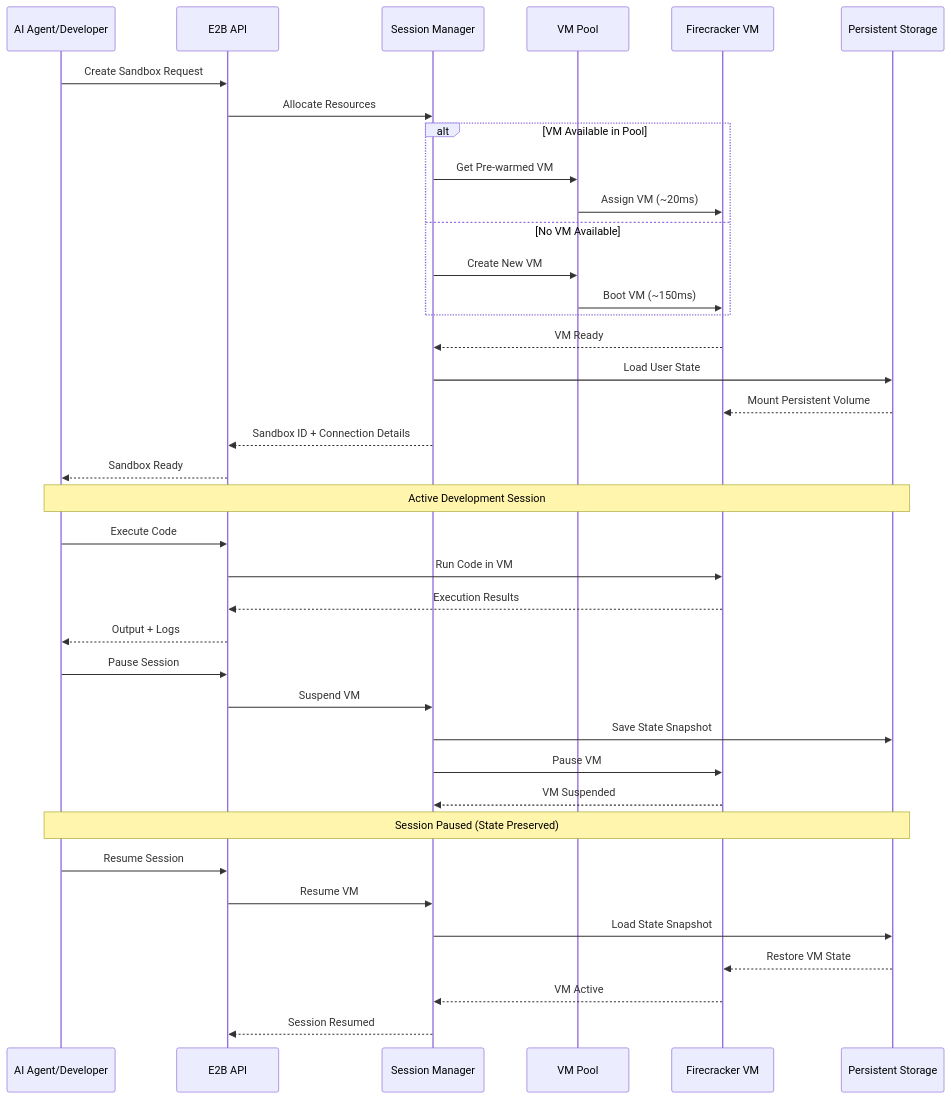
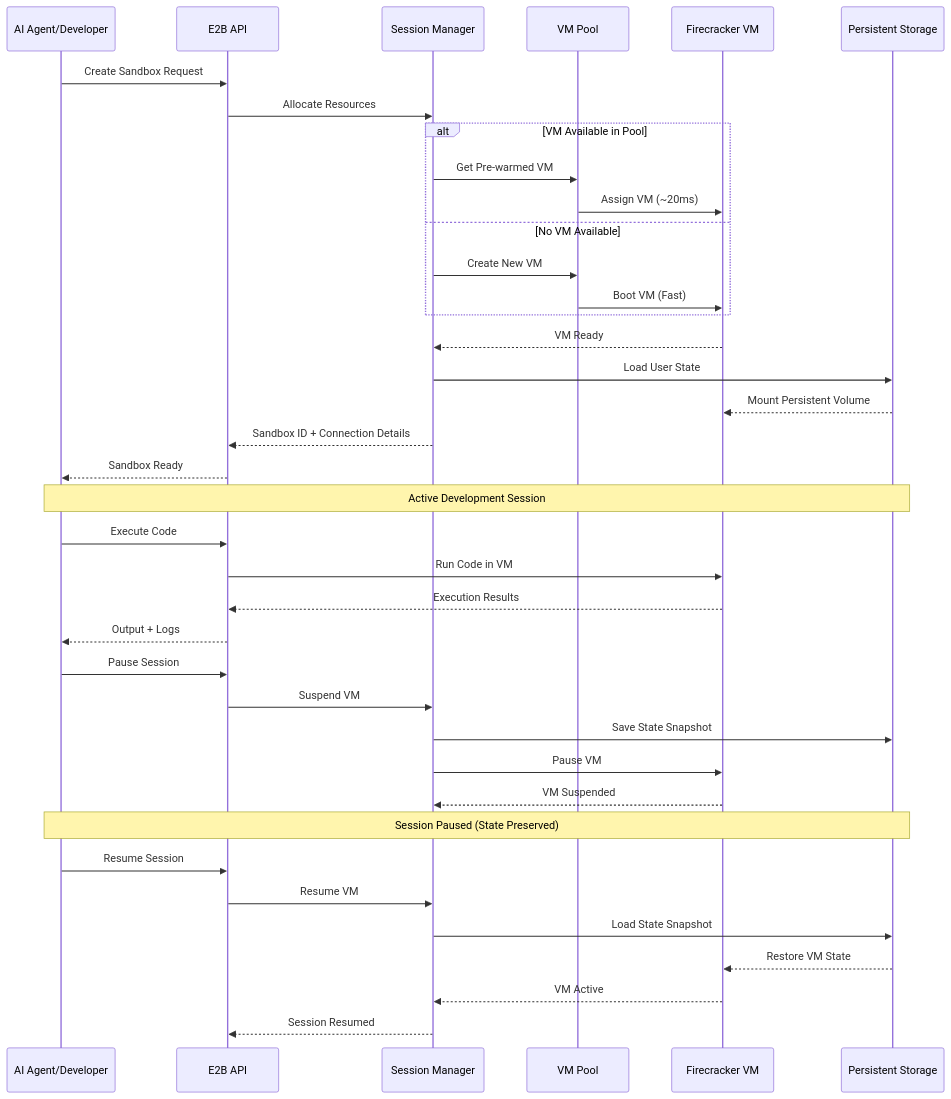
Before and after one commit to dwarvesf/research: the third of 9 diagrams in breakdown/e2b.md, drawn with Mermaid. The commit also changed other lines of this file, not shown here.

````diff
--- a/breakdown/e2b.md
+++ b/breakdown/e2b.md
@@ -199,48 +190,48 @@
 ```mermaid
 sequenceDiagram
     participant Client as AI Agent/Developer
     participant API as E2B API
     participant SessionMgr as Session Manager
     participant VMPool as VM Pool
     participant Firecracker as Firecracker VM
     participant Storage as Persistent Storage
 
     Client->>API: Create Sandbox Request
     API->>SessionMgr: Allocate Resources
 
     alt VM Available in Pool
         SessionMgr->>VMPool: Get Pre-warmed VM
         VMPool->>Firecracker: Assign VM (~20ms)
     else No VM Available
         SessionMgr->>VMPool: Create New VM
-        VMPool->>Firecracker: Boot VM (~150ms)
+        VMPool->>Firecracker: Boot VM (Fast)
     end
 
     Firecracker-->>SessionMgr: VM Ready
     SessionMgr->>Storage: Load User State
     Storage-->>Firecracker: Mount Persistent Volume
     SessionMgr-->>API: Sandbox ID + Connection Details
     API-->>Client: Sandbox Ready
 
     Note over Client,Storage: Active Development Session
 
     Client->>API: Execute Code
     API->>Firecracker: Run Code in VM
     Firecracker-->>API: Execution Results
     API-->>Client: Output + Logs
 
     Client->>API: Pause Session
     API->>SessionMgr: Suspend VM
     SessionMgr->>Storage: Save State Snapshot
     SessionMgr->>Firecracker: Pause VM
     Firecracker-->>SessionMgr: VM Suspended
 
     Note over Client,Storage: Session Paused (State Preserved)
 
     Client->>API: Resume Session
     API->>SessionMgr: Resume VM
     SessionMgr->>Storage: Load State Snapshot
     Storage-->>Firecracker: Restore VM State
     Firecracker-->>SessionMgr: VM Active
     SessionMgr-->>API: Session Resumed
 ```
````
